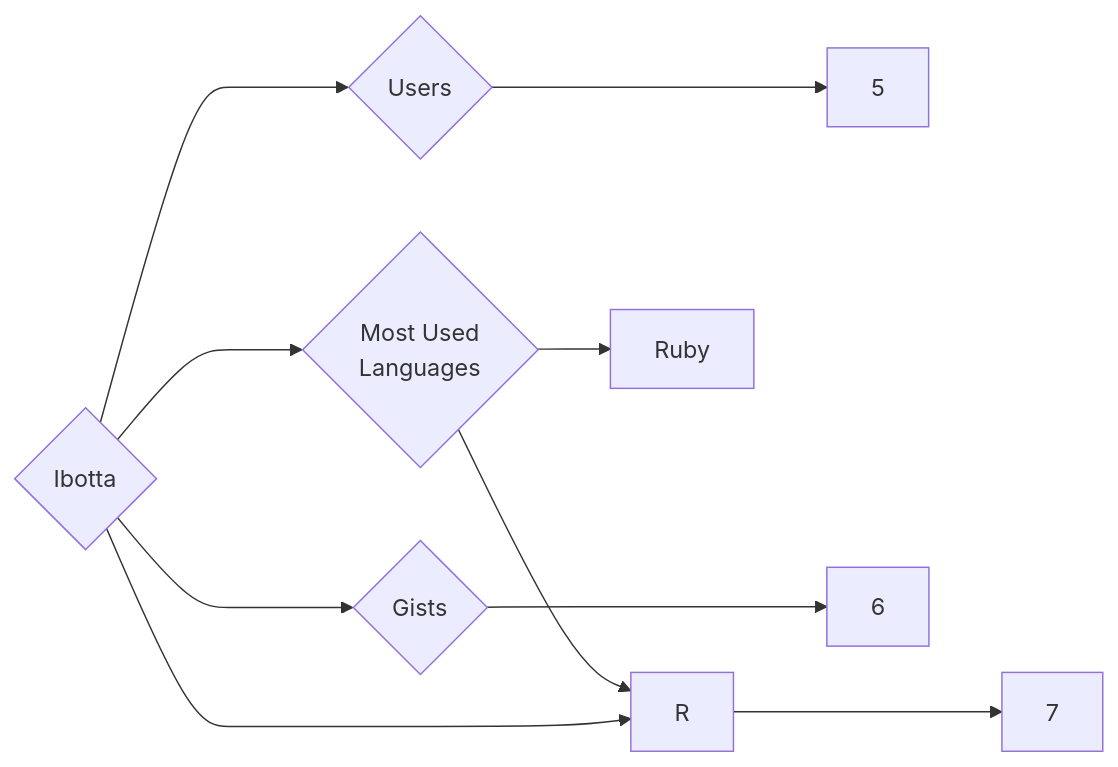
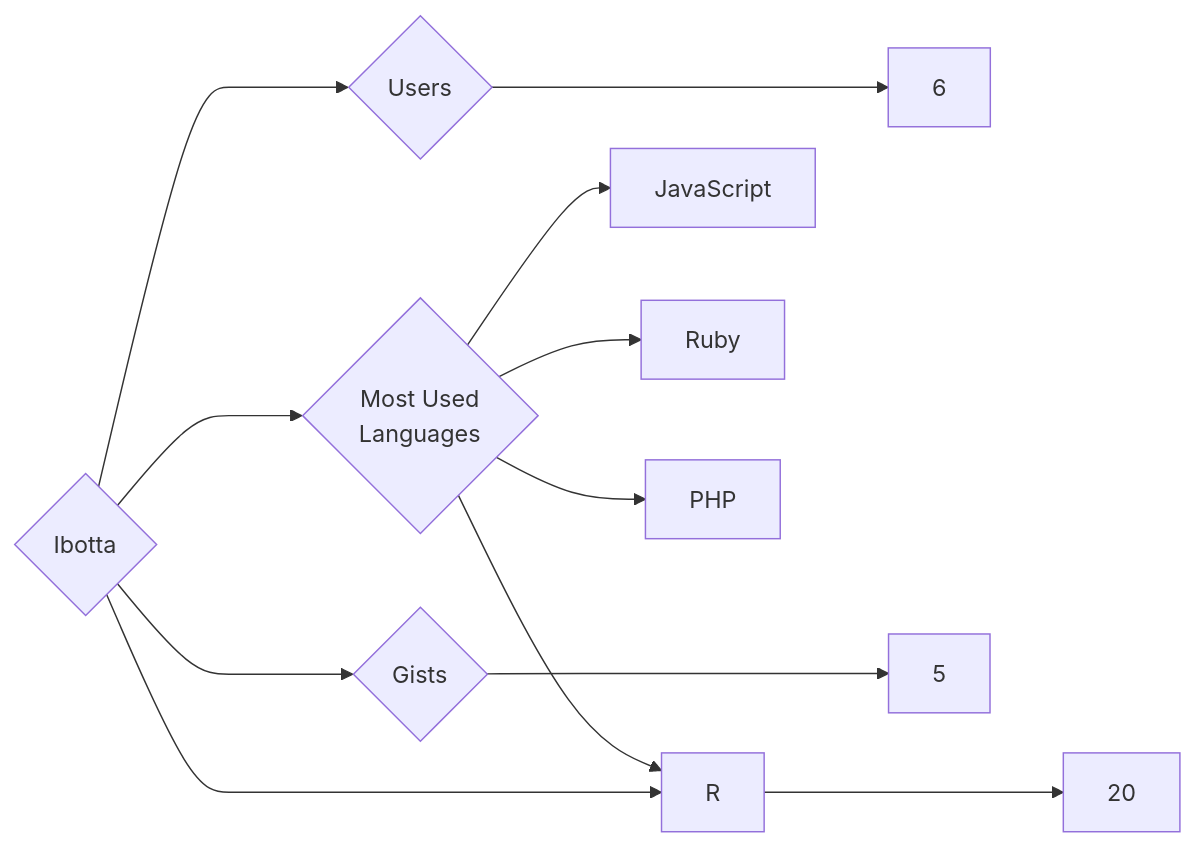
Before and after one commit to trickest/insiders: the diagram in targets/Ibotta/README.md, drawn with Mermaid. The commit also changed 1167 other files, not shown here.

````diff
--- a/targets/Ibotta/README.md
+++ b/targets/Ibotta/README.md
@@ -3,10 +3,12 @@
 ```mermaid
 graph LR
 COMPANY_NAME{Ibotta}
-COMPANY_NAME ---> U{Users} ---> UN[5]
-COMPANY_NAME ---> R{Repositories} ---> RN[7]
-COMPANY_NAME ---> G{Gists} ---> GN[6]
+COMPANY_NAME ---> U{Users} ---> UN[6]
+COMPANY_NAME ---> R{Repositories} ---> RN[20]
+COMPANY_NAME ---> G{Gists} ---> GN[5]
 COMPANY_NAME ---> ML{Most Used<br>Languages}
+ML --> JavaScript[JavaScript]
 ML --> Ruby[Ruby]
 ML --> R[R]
+ML --> PHP[PHP]
 ```
````
